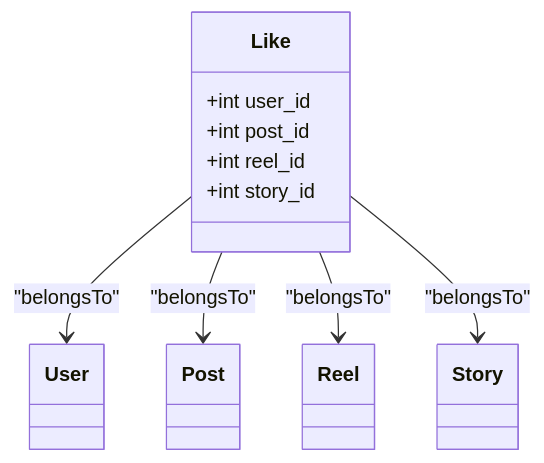
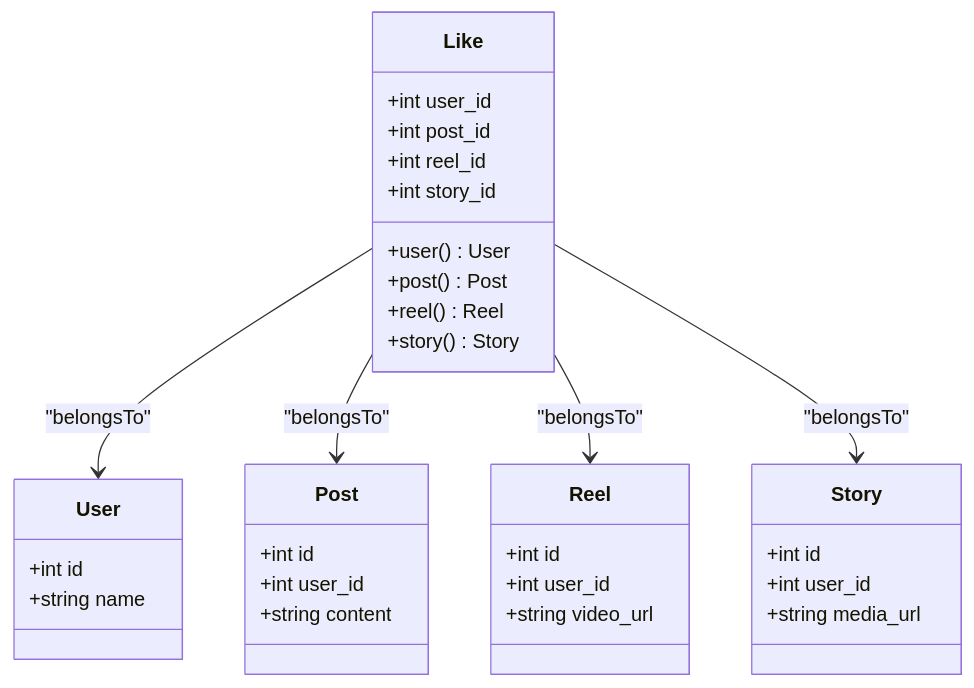
One commit to VenokM05/Travel_Project changed the tenth of 16 diagrams in .qoder/repowiki/en/content/Social Features.md. Above: the diagram before and after it, drawn with Mermaid. The commit also changed other lines of this file and 12 other files, not shown here.

````diff
--- a/.qoder/repowiki/en/content/Social Features.md
+++ b/.qoder/repowiki/en/content/Social Features.md
@@ -358,17 +534,36 @@
 ```mermaid
 classDiagram
 class Like {
 +int user_id
 +int post_id
 +int reel_id
 +int story_id
++user() User
++post() Post
++reel() Reel
++story() Story
 }
-class User
-class Post
-class Reel
-class Story
+class User {
++int id
++string name
+}
+class Post {
++int id
++int user_id
++string content
+}
+class Reel {
++int id
++int user_id
++string video_url
+}
+class Story {
++int id
++int user_id
++string media_url
+}
 Like --> User : "belongsTo"
 Like --> Post : "belongsTo"
 Like --> Reel : "belongsTo"
 Like --> Story : "belongsTo"
 ```
````
